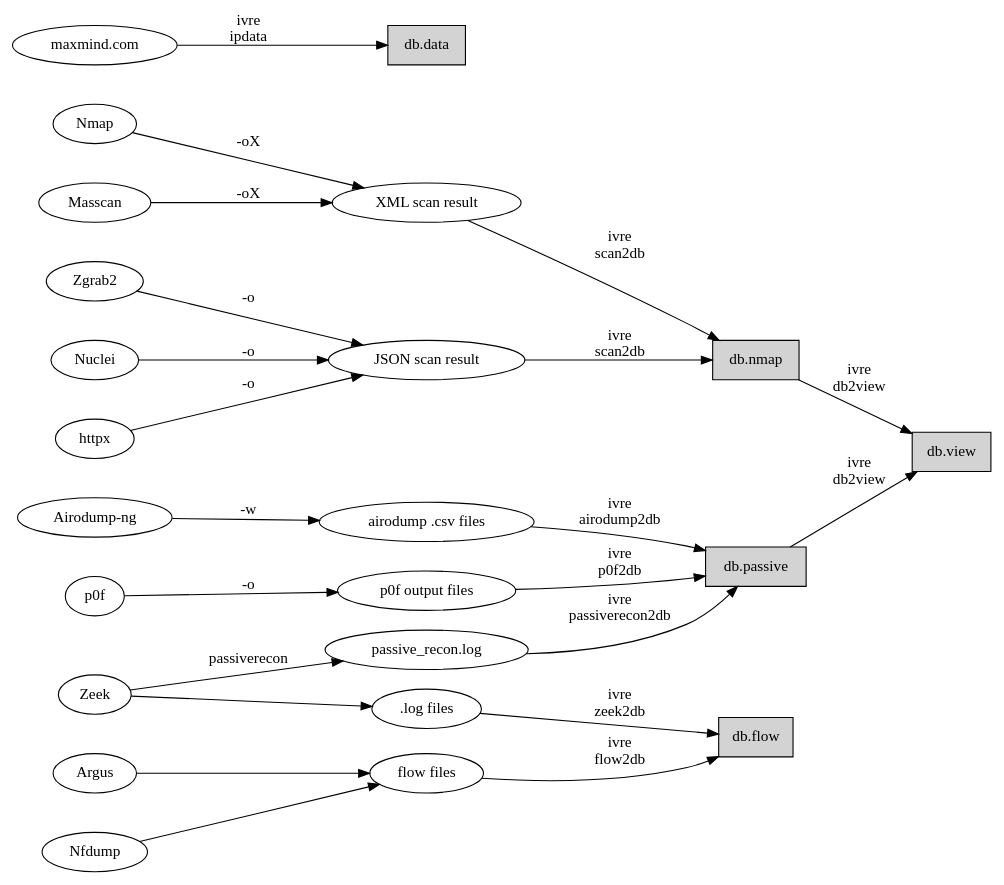
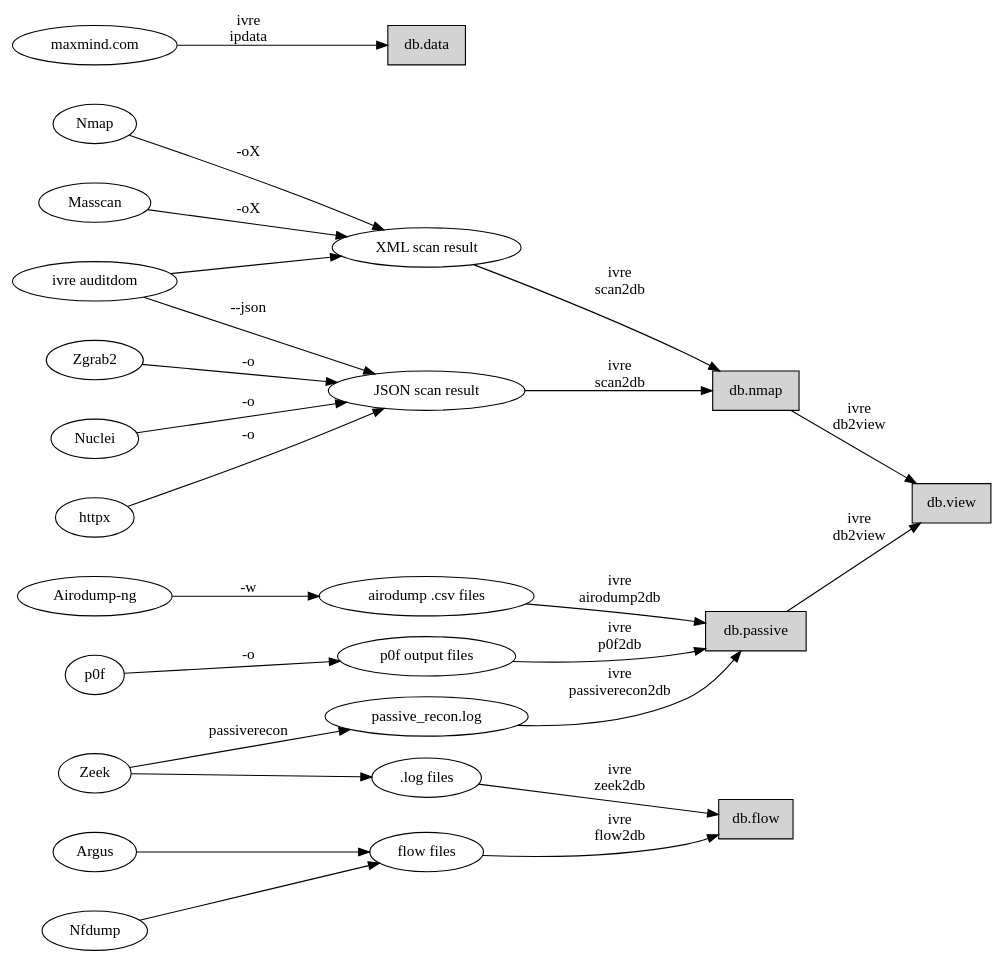
Before and after one commit to ivre/ivre: the first of 3 diagrams in doc/overview/principles.rst, drawn with Graphviz. The commit also changed other lines of this file and 10 other files, not shown here.

Commit message:
Doc: add tag in Web UI, add "ivre auditdom" in principles

```diff
--- a/doc/overview/principles.rst
+++ b/doc/overview/principles.rst
@@ -79,62 +79,65 @@
 .. graphviz::
 
    digraph {
       graph [rankdir=LR];
 
       "maxmind.com";
       "Nmap";
       "Masscan";
+      "ivre auditdom";
       "Zgrab2";
       "Nuclei";
       "httpx";
       "Airodump-ng";
       "p0f";
       "Zeek";
       "Zeek";
       "Argus";
       "Nfdump";
 
       XML [label="XML scan result"];
       JSON [label="JSON scan result"];
       CSV_LOG [label="airodump .csv files"];
       P0F_LOG [label="p0f output files"];
       PASS_LOG [label="passive_recon.log"];
       FLOW_LOG [label=".log files"];
       FLOWS [label="flow files"];
 
       db_data [label="db.data" shape="box" style="filled"];
       db_nmap [label="db.nmap" shape="box" style="filled"];
       db_passive [label="db.passive" shape="box" style="filled"];
       db_flow [label="db.flow" shape="box" style="filled"];
       db_view [label="db.view" shape="box" style="filled"];
 
       "maxmind.com" -> db_data [label="ivre\nipdata"];
       "Nmap" -> XML [label="-oX"];
       "Masscan" -> XML [label="-oX"];
+      "ivre auditdom" -> XML;
+      "ivre auditdom" -> JSON [label="--json"];
       "Zgrab2" -> JSON [label="-o"];
       "Nuclei" -> JSON [label="-o"];
       "httpx" -> JSON [label="-o"];
       "Airodump-ng" -> CSV_LOG [label="-w"];
       "p0f" -> P0F_LOG [label="-o"];
       "Zeek" -> PASS_LOG [label="passiverecon"];
       "Zeek" -> FLOW_LOG;
       "Argus" -> FLOWS;
       "Nfdump" -> FLOWS;
 
       XML -> db_nmap [label="ivre\nscan2db"];
       JSON -> db_nmap [label="ivre\nscan2db"];
       CSV_LOG -> db_passive [label="ivre\nairodump2db"];
       P0F_LOG -> db_passive [label="ivre\np0f2db"];
       PASS_LOG -> db_passive [label="ivre\npassiverecon2db"];
       FLOW_LOG -> db_flow [label="ivre\nzeek2db"];
       FLOWS -> db_flow [label="ivre\nflow2db"];
       db_passive -> db_view [label="ivre\ndb2view"];
       db_nmap -> db_view [label="ivre\ndb2view"];
 
       {
         rank = same;
         edge[style=invis];
-        "maxmind.com" -> "Nmap" -> "Masscan" -> "Zgrab2" -> "Nuclei" -> "httpx" -> "Airodump-ng" -> "p0f" -> "Zeek" -> "Zeek" -> "Argus" -> "Nfdump";
+        "maxmind.com" -> "Nmap" -> "Masscan" -> "ivre auditdom" -> "Zgrab2" -> "Nuclei" -> "httpx" -> "Airodump-ng" -> "p0f" -> "Zeek" -> "Zeek" -> "Argus" -> "Nfdump";
         rankdir = UD;
       }
    }
```
